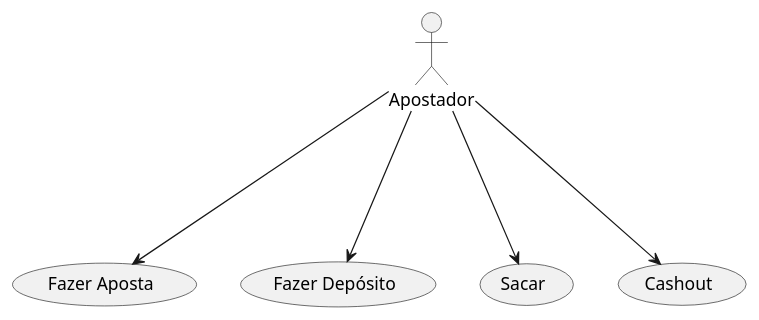
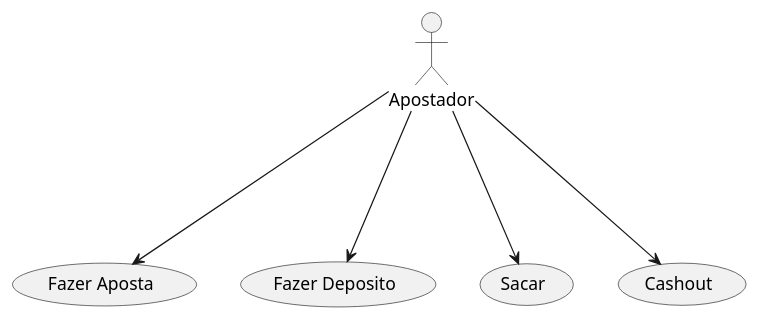
Before and after one commit to desenvolvimento-web-unifil/02-documentacao-nicotech: the first of 2 diagrams in docs/UseCase/UseCases.md, drawn with PlantUML. The commit also changed other lines of this file, not shown here.

```diff
--- a/docs/UseCase/UseCases.md
+++ b/docs/UseCase/UseCases.md
@@ -3,8 +3,8 @@
 ~~~plantUML 
 @startuml
 :Apostador: ---> (Fazer Aposta)     
-:Apostador: ---> (Fazer Depósito)
+:Apostador: ---> (Fazer Deposito)
 :Apostador: ---> (Sacar)
 :Apostador: ---> (Cashout)
 @enduml 
 ~~~
```
